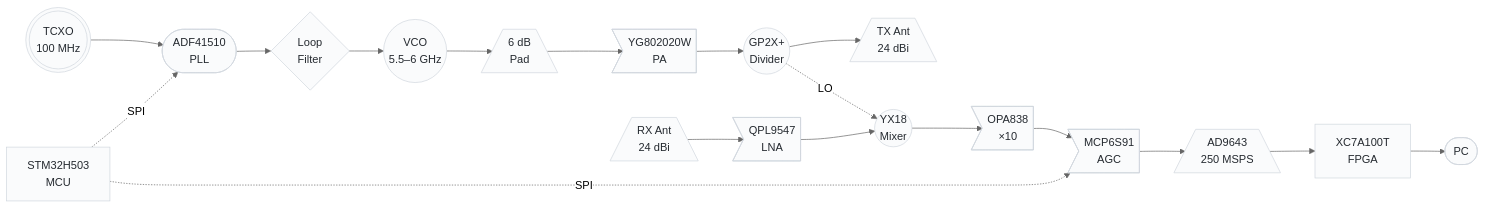
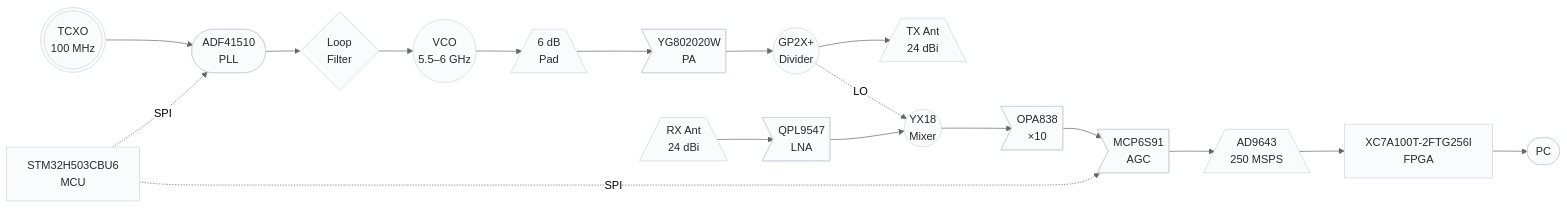
Before and after one commit to oliskcz/Lyrion-Radar: the first of 4 diagrams in PLAN.md, drawn with Mermaid (neutral theme). The commit also changed other lines of this file and 2 other files, not shown here.

Commit message:
Use specific part numbers: STM32H503CBU6 (LQFP-48) and XC7A100T-2FTG256I (256-ball BGA, speed grade -2, industrial temp) throughout README, PLAN, and SPECS

````diff
--- a/PLAN.md
+++ b/PLAN.md
@@ -20,50 +20,50 @@
 ```mermaid
 flowchart LR
     %% Chirp Source
     REF((("TCXO<br/>100 MHz")))
     PLL(["ADF41510<br/>PLL"])
     LF{"Loop<br/>Filter"}
     VCO(("VCO<br/>5.5–6 GHz"))
 
     %% TX Chain
     PAD[/"6 dB<br/>Pad"\]
     PA>"YG802020W<br/>PA"]
     DIV(("GP2X+<br/>Divider"))
     TXANT[/"TX Ant<br/>24 dBi"\]
 
     %% RX Chain
     RXANT[/"RX Ant<br/>24 dBi"\]
     LNA>"QPL9547<br/>LNA"]
     MIX(("YX18<br/>Mixer"))
     IFA>"OPA838<br/>×10"]
     AGC>"MCP6S91<br/>AGC"]
 
     %% Digital
     ADC[/"AD9643<br/>250 MSPS"\]
-    FPGA["XC7A100T<br/>FPGA"]
-    MCU["STM32H503<br/>MCU"]
+    FPGA["XC7A100T-2FTG256I<br/>FPGA"]
+    MCU["STM32H503CBU6<br/>MCU"]
     PC(["PC"])
 
     %% Chirp Source flow
     REF --> PLL --> LF --> VCO
 
     %% TX flow
     VCO --> PAD --> PA --> DIV
     DIV --> TXANT
     DIV -. LO .-> MIX
 
     %% RX flow
     RXANT --> LNA --> MIX
     MIX --> IFA --> AGC --> ADC --> FPGA --> PC
 
     %% MCU control
     MCU -. SPI .-> PLL
     MCU -. SPI .-> AGC
 
     %% Subtle styling
     classDef chirp fill:#fafbfc,stroke:#d0d7de,color:#24292f
     classDef rf fill:#fafbfc,stroke:#d0d7de,color:#24292f
     classDef digital fill:#fafbfc,stroke:#d0d7de,color:#24292f
 
     class REF,PLL,LF,VCO,PAD,PA,DIV,TXANT,RXANT,LNA,MIX,IFA,AGC,ADC,FPGA,MCU,PC chirp
 ```
````
